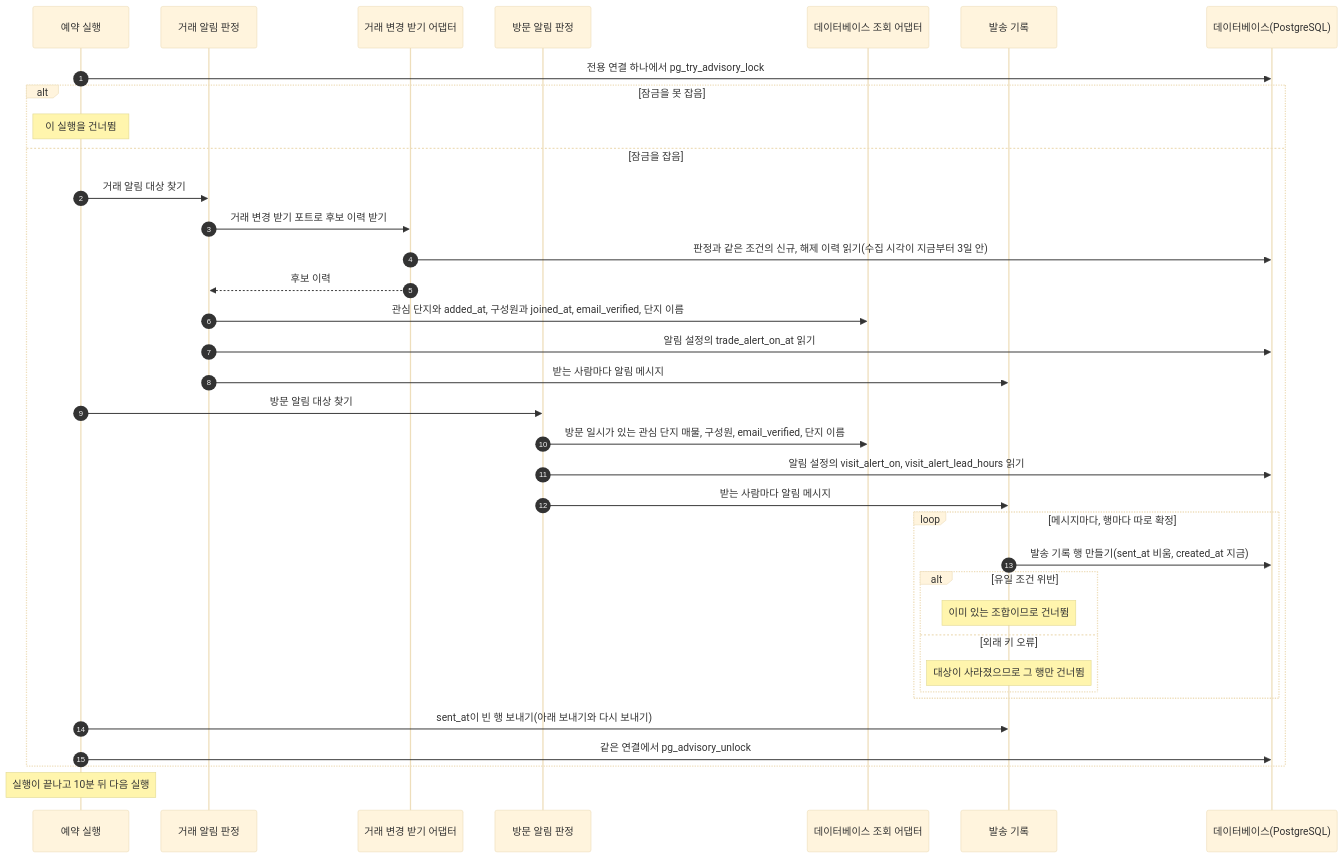
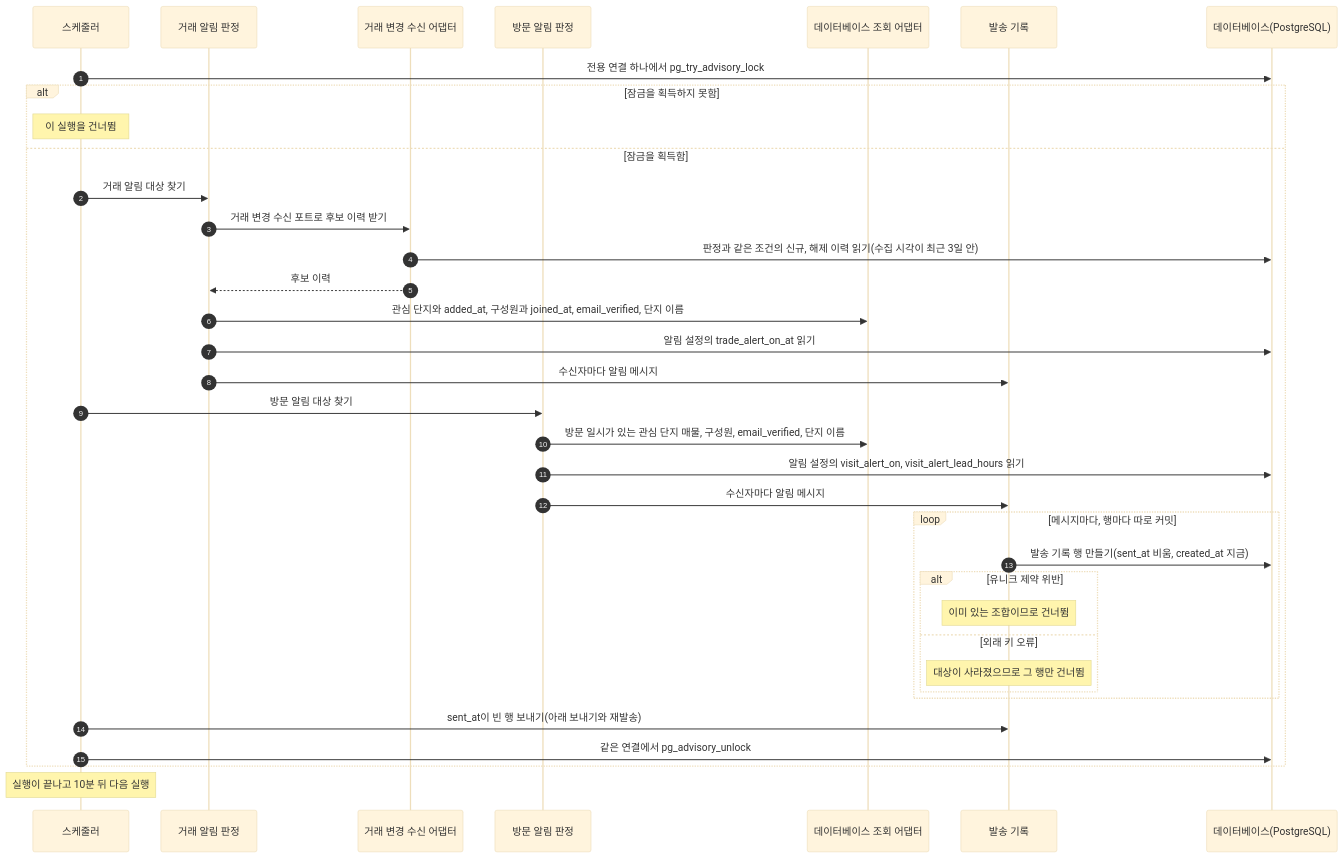
One commit to Park-Seung-Hun/real-estate changed the third of 12 diagrams in docs/architecture/flows.md. Above: the diagram before and after it, drawn with Mermaid (base theme). The commit also changed other lines of this file and 22 other files, not shown here.

````diff
--- a/docs/architecture/flows.md
+++ b/docs/architecture/flows.md
@@ -150,39 +151,39 @@
 ```mermaid
 sequenceDiagram
   autonumber
-  participant sched as 예약 실행
+  participant sched as 스케줄러
   participant tradeAlert as 거래 알림 판정
-  participant change as 거래 변경 받기 어댑터
+  participant change as 거래 변경 수신 어댑터
   participant visitAlert as 방문 알림 판정
   participant query as 데이터베이스 조회 어댑터
   participant delivery as 발송 기록
   participant db as 데이터베이스(PostgreSQL)
 
   sched->>db: 전용 연결 하나에서 pg_try_advisory_lock
-  alt 잠금을 못 잡음
+  alt 잠금을 획득하지 못함
     Note over sched: 이 실행을 건너뜀
-  else 잠금을 잡음
+  else 잠금을 획득함
     sched->>tradeAlert: 거래 알림 대상 찾기
-    tradeAlert->>change: 거래 변경 받기 포트로 후보 이력 받기
-    change->>db: 판정과 같은 조건의 신규, 해제 이력 읽기(수집 시각이 지금부터 3일 안)
+    tradeAlert->>change: 거래 변경 수신 포트로 후보 이력 받기
+    change->>db: 판정과 같은 조건의 신규, 해제 이력 읽기(수집 시각이 최근 3일 안)
     change-->>tradeAlert: 후보 이력
     tradeAlert->>query: 관심 단지와 added_at, 구성원과 joined_at, email_verified, 단지 이름
     tradeAlert->>db: 알림 설정의 trade_alert_on_at 읽기
-    tradeAlert->>delivery: 받는 사람마다 알림 메시지
+    tradeAlert->>delivery: 수신자마다 알림 메시지
     sched->>visitAlert: 방문 알림 대상 찾기
     visitAlert->>query: 방문 일시가 있는 관심 단지 매물, 구성원, email_verified, 단지 이름
     visitAlert->>db: 알림 설정의 visit_alert_on, visit_alert_lead_hours 읽기
-    visitAlert->>delivery: 받는 사람마다 알림 메시지
-    loop 메시지마다, 행마다 따로 확정
+    visitAlert->>delivery: 수신자마다 알림 메시지
+    loop 메시지마다, 행마다 따로 커밋
       delivery->>db: 발송 기록 행 만들기(sent_at 비움, created_at 지금)
-      alt 유일 조건 위반
+      alt 유니크 제약 위반
         Note over delivery: 이미 있는 조합이므로 건너뜀
       else 외래 키 오류
         Note over delivery: 대상이 사라졌으므로 그 행만 건너뜀
       end
     end
-    sched->>delivery: sent_at이 빈 행 보내기(아래 보내기와 다시 보내기)
+    sched->>delivery: sent_at이 빈 행 보내기(아래 보내기와 재발송)
     sched->>db: 같은 연결에서 pg_advisory_unlock
   end
   Note over sched: 실행이 끝나고 10분 뒤 다음 실행
 ```
````
